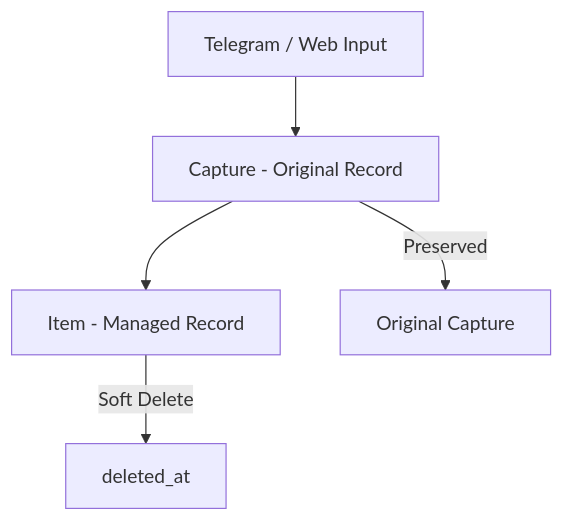
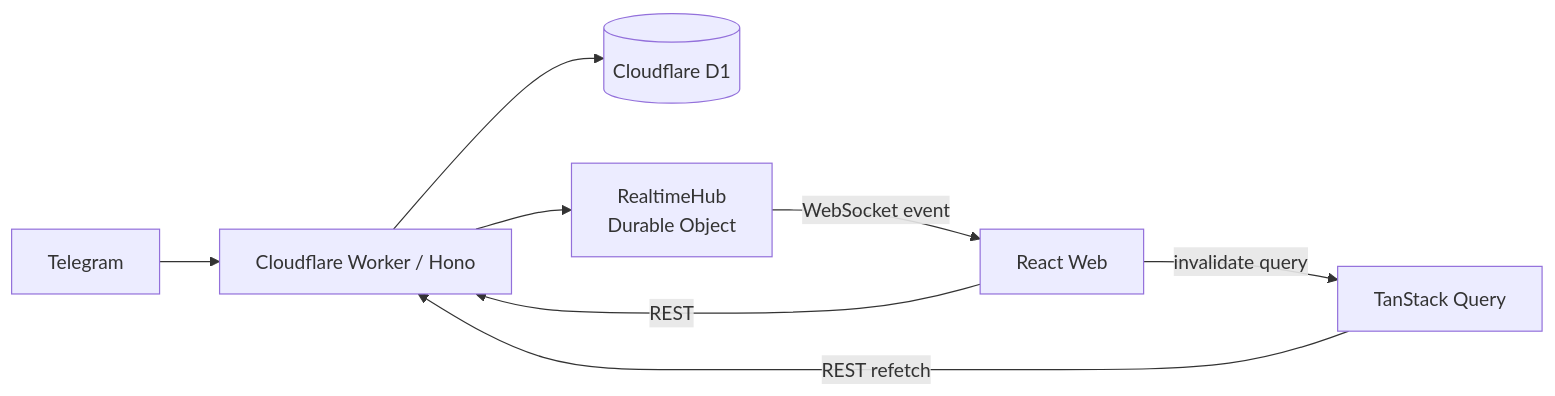
Before and after one commit to Transient-Onlooker/tg-note-agent-web: the second of 2 diagrams in README.md, drawn with Mermaid. The commit also changed other lines of this file, not shown here.

````diff
--- a/README.md
+++ b/README.md
@@ -49,12 +281,12 @@
 ```mermaid
-flowchart TD
-    Input[Telegram / Web Input]
-    Capture[Capture - Original Record]
-    Item[Item - Managed Record]
+flowchart LR
+    TG[Telegram] --> WORKER[Cloudflare Worker / Hono]
+    WEB[React Web] -->|REST| WORKER
 
-    Input --> Capture
-    Capture --> Item
+    WORKER --> D1[(Cloudflare D1)]
+    WORKER --> HUB[RealtimeHub\nDurable Object]
 
-    Item -->|Soft Delete| Deleted[deleted_at]
-    Capture -->|Preserved| Original[Original Capture]
+    HUB -->|WebSocket event| WEB
+    WEB -->|invalidate query| QUERY[TanStack Query]
+    QUERY -->|REST refetch| WORKER
 ```
````
